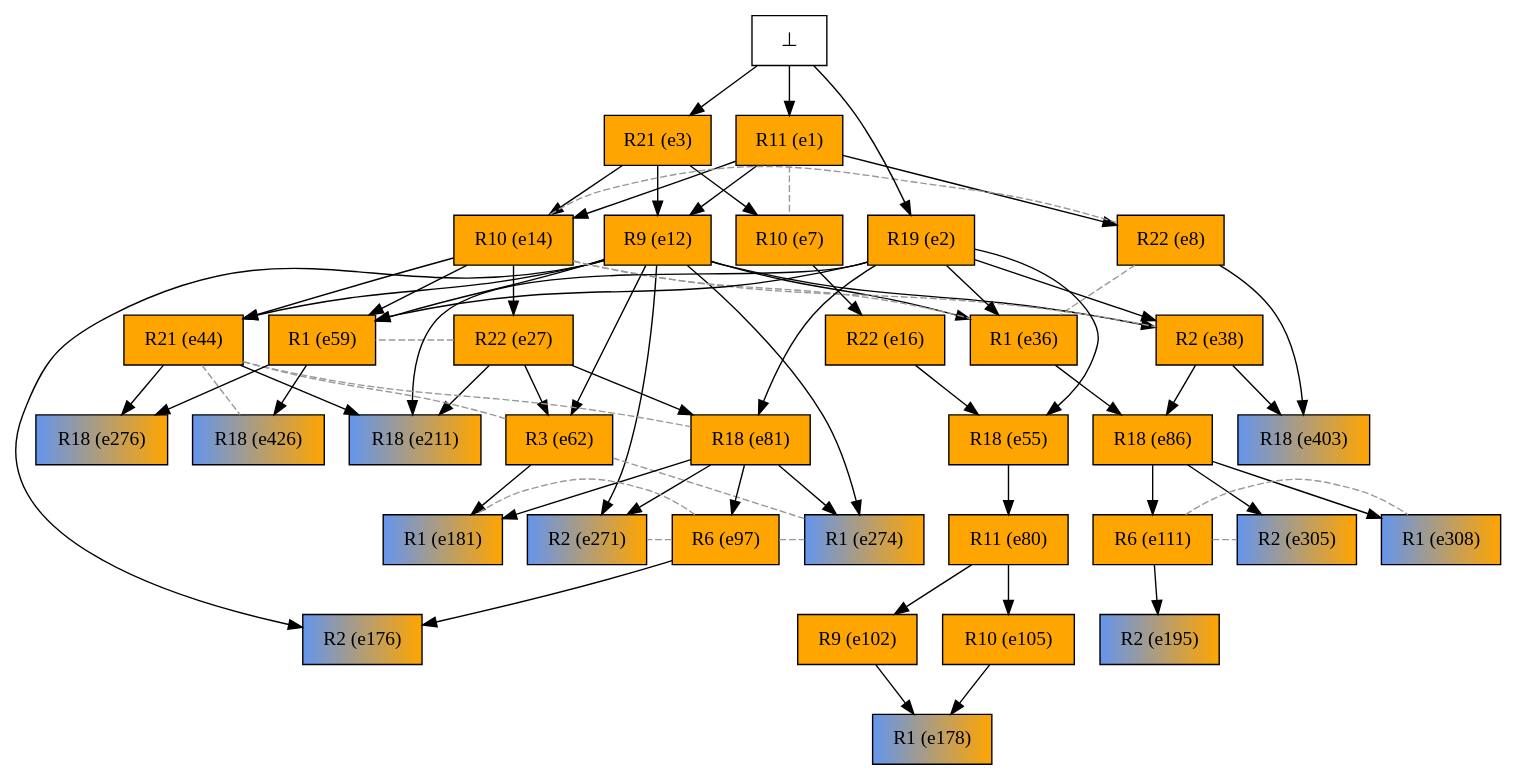
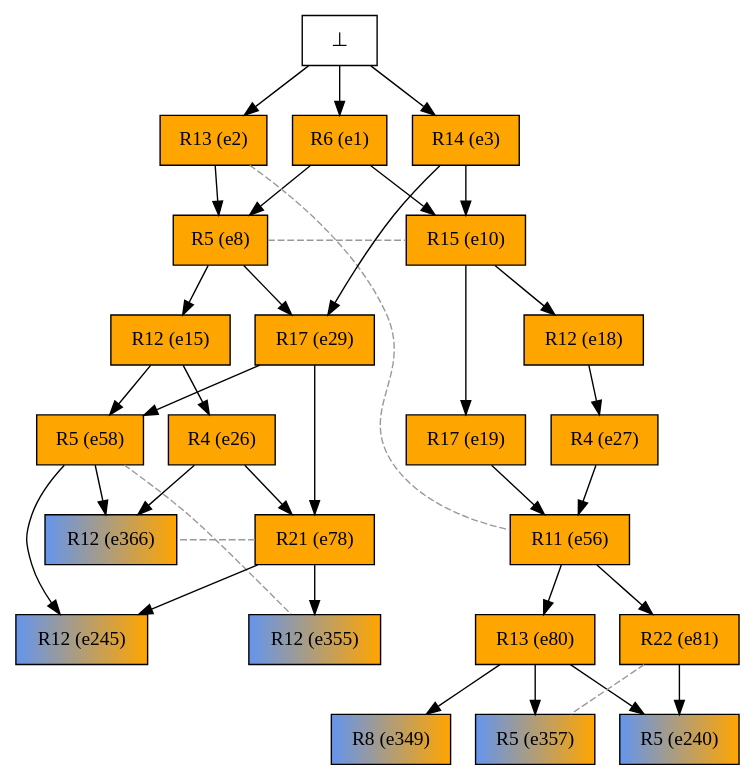
Before and after one commit to giannkas/ecofolder: the diagram in examples/oursin_tasmanie/tasmanian_perturb_final_pr_unf.dot, drawn with Graphviz. The commit also changed 9 other files, not shown here.

```diff
--- a/examples/oursin_tasmanie/tasmanian_perturb_final_pr_unf.dot
+++ b/examples/oursin_tasmanie/tasmanian_perturb_final_pr_unf.dot
@@ -1,109 +1,64 @@
 digraph test {
-  e3 -> e7;
   e1 -> e8;
-  e1 -> e12;
-  e3 -> e12;
-  e1 -> e14;
-  e3 -> e14;
-  e7 -> e16;
-  e14 -> e27;
-  e2 -> e36;
-  e12 -> e36;
-  e2 -> e38;
-  e12 -> e38;
-  e12 -> e44;
-  e14 -> e44;
-  e2 -> e55;
-  e16 -> e55;
-  e2 -> e59;
-  e12 -> e59;
-  e14 -> e59;
-  e12 -> e62;
-  e27 -> e62;
-  e55 -> e80;
-  e2 -> e81;
-  e27 -> e81;
-  e36 -> e86;
-  e38 -> e86;
-  e81 -> e97;
-  e80 -> e102;
-  e80 -> e105;
-  e86 -> e111;
-  e12 -> e176;
-  e97 -> e176;
-  e102 -> e178;
-  e105 -> e178;
-  e62 -> e181;
-  e81 -> e181;
-  e111 -> e195;
-  e2 -> e211;
-  e27 -> e211;
-  e44 -> e211;
-  e12 -> e271;
-  e81 -> e271;
-  e12 -> e274;
-  e81 -> e274;
-  e44 -> e276;
-  e59 -> e276;
-  e86 -> e305;
-  e86 -> e308;
-  e8 -> e403;
-  e38 -> e403;
-  e59 -> e426;
+  e2 -> e8;
+  e1 -> e10;
+  e3 -> e10;
+  e8 -> e15;
+  e10 -> e18;
+  e10 -> e19;
+  e15 -> e26;
+  e18 -> e27;
+  e3 -> e29;
+  e8 -> e29;
+  e19 -> e56;
+  e27 -> e56;
+  e15 -> e58;
+  e29 -> e58;
+  e26 -> e78;
+  e29 -> e78;
+  e56 -> e80;
+  e56 -> e81;
+  e80 -> e240;
+  e81 -> e240;
+  e58 -> e245;
+  e78 -> e245;
+  e80 -> e349;
+  e78 -> e355;
+  e80 -> e357;
+  e26 -> e366;
+  e58 -> e366;
   e0 -> e1;
   e0 -> e2;
   e0 -> e3;
 
 //conflicts
-  e1 -> e7 [arrowhead=none color=gray60 style=dashed constraint=false];
-  e8 -> e14 [arrowhead=none color=gray60 style=dashed constraint=false];
-  e8 -> e36 [arrowhead=none color=gray60 style=dashed constraint=false];
-  e14 -> e36 [arrowhead=none color=gray60 style=dashed constraint=false];
-  e14 -> e38 [arrowhead=none color=gray60 style=dashed constraint=false];
-  e27 -> e59 [arrowhead=none color=gray60 style=dashed constraint=false];
-  e44 -> e62 [arrowhead=none color=gray60 style=dashed constraint=false];
-  e44 -> e81 [arrowhead=none color=gray60 style=dashed constraint=false];
-  e44 -> e426 [arrowhead=none color=gray60 style=dashed constraint=false];
-  e62 -> e274 [arrowhead=none color=gray60 style=dashed constraint=false];
-  e97 -> e181 [arrowhead=none color=gray60 style=dashed constraint=false];
-  e97 -> e271 [arrowhead=none color=gray60 style=dashed constraint=false];
-  e97 -> e274 [arrowhead=none color=gray60 style=dashed constraint=false];
-  e111 -> e305 [arrowhead=none color=gray60 style=dashed constraint=false];
-  e111 -> e308 [arrowhead=none color=gray60 style=dashed constraint=false];
+  e2 -> e56 [arrowhead=none color=gray60 style=dashed constraint=false];
+  e8 -> e10 [arrowhead=none color=gray60 style=dashed constraint=false];
+  e58 -> e355 [arrowhead=none color=gray60 style=dashed constraint=false];
+  e78 -> e366 [arrowhead=none color=gray60 style=dashed constraint=false];
+  e81 -> e357 [arrowhead=none color=gray60 style=dashed constraint=false];
 
-  e1 [color="black" fillcolor="orange" label="R11 (e1)" shape=box style=filled];
-  e2 [color="black" fillcolor="orange" label="R19 (e2)" shape=box style=filled];
-  e3 [color="black" fillcolor="orange" label="R21 (e3)" shape=box style=filled];
-  e7 [color="black" fillcolor="orange" label="R10 (e7)" shape=box style=filled];
-  e8 [color="black" fillcolor="orange" label="R22 (e8)" shape=box style=filled];
-  e12 [color="black" fillcolor="orange" label="R9 (e12)" shape=box style=filled];
-  e14 [color="black" fillcolor="orange" label="R10 (e14)" shape=box style=filled];
-  e16 [color="black" fillcolor="orange" label="R22 (e16)" shape=box style=filled];
-  e27 [color="black" fillcolor="orange" label="R22 (e27)" shape=box style=filled];
-  e36 [color="black" fillcolor="orange" label="R1 (e36)" shape=box style=filled];
-  e38 [color="black" fillcolor="orange" label="R2 (e38)" shape=box style=filled];
-  e44 [color="black" fillcolor="orange" label="R21 (e44)" shape=box style=filled];
-  e55 [color="black" fillcolor="orange" label="R18 (e55)" shape=box style=filled];
-  e59 [color="black" fillcolor="orange" label="R1 (e59)" shape=box style=filled];
-  e62 [color="black" fillcolor="orange" label="R3 (e62)" shape=box style=filled];
-  e80 [color="black" fillcolor="orange" label="R11 (e80)" shape=box style=filled];
-  e81 [color="black" fillcolor="orange" label="R18 (e81)" shape=box style=filled];
-  e86 [color="black" fillcolor="orange" label="R18 (e86)" shape=box style=filled];
-  e97 [color="black" fillcolor="orange" label="R6 (e97)" shape=box style=filled];
-  e102 [color="black" fillcolor="orange" label="R9 (e102)" shape=box style=filled];
-  e105 [color="black" fillcolor="orange" label="R10 (e105)" shape=box style=filled];
-  e111 [color="black" fillcolor="orange" label="R6 (e111)" shape=box style=filled];
-  e176 [color="black" fillcolor="cornflowerblue:orange" label="R2 (e176)" shape=box style=filled];
-  e178 [color="black" fillcolor="cornflowerblue:orange" label="R1 (e178)" shape=box style=filled];
-  e181 [color="black" fillcolor="cornflowerblue:orange" label="R1 (e181)" shape=box style=filled];
-  e195 [color="black" fillcolor="cornflowerblue:orange" label="R2 (e195)" shape=box style=filled];
-  e211 [color="black" fillcolor="cornflowerblue:orange" label="R18 (e211)" shape=box style=filled];
-  e271 [color="black" fillcolor="cornflowerblue:orange" label="R2 (e271)" shape=box style=filled];
-  e274 [color="black" fillcolor="cornflowerblue:orange" label="R1 (e274)" shape=box style=filled];
-  e276 [color="black" fillcolor="cornflowerblue:orange" label="R18 (e276)" shape=box style=filled];
-  e305 [color="black" fillcolor="cornflowerblue:orange" label="R2 (e305)" shape=box style=filled];
-  e308 [color="black" fillcolor="cornflowerblue:orange" label="R1 (e308)" shape=box style=filled];
-  e403 [color="black" fillcolor="cornflowerblue:orange" label="R18 (e403)" shape=box style=filled];
-  e426 [color="black" fillcolor="cornflowerblue:orange" label="R18 (e426)" shape=box style=filled];
+  e1 [color="black" fillcolor="orange:orange" label="R6 (e1)" shape=box style=filled];
+  e2 [color="black" fillcolor="orange:orange" label="R13 (e2)" shape=box style=filled];
+  e3 [color="black" fillcolor="orange:orange" label="R14 (e3)" shape=box style=filled];
+  e8 [color="black" fillcolor="orange:orange" label="R5 (e8)" shape=box style=filled];
+  e10 [color="black" fillcolor="orange:orange" label="R15 (e10)" shape=box style=filled];
+  e15 [color="black" fillcolor="orange:orange" label="R12 (e15)" shape=box style=filled];
+  e18 [color="black" fillcolor="orange:orange" label="R12 (e18)" shape=box style=filled];
+  e19 [color="black" fillcolor="orange:orange" label="R17 (e19)" shape=box style=filled];
+  e26 [color="black" fillcolor="orange:orange" label="R4 (e26)" shape=box style=filled];
+  e27 [color="black" fillcolor="orange:orange" label="R4 (e27)" shape=box style=filled];
+  e29 [color="black" fillcolor="orange:orange" label="R17 (e29)" shape=box style=filled];
+  e56 [color="black" fillcolor="orange:orange" label="R11 (e56)" shape=box style=filled];
+  e58 [color="black" fillcolor="orange:orange" label="R5 (e58)" shape=box style=filled];
+  e78 [color="black" fillcolor="orange:orange" label="R21 (e78)" shape=box style=filled];
+  e80 [color="black" fillcolor="orange:orange" label="R13 (e80)" shape=box style=filled];
+  e81 [color="black" fillcolor="orange:orange" label="R22 (e81)" shape=box style=filled];
+  e240 [color="black" fillcolor="cornflowerblue:orange" label="R5 (e240)" shape=box style=filled];
+  e245 [color="black" fillcolor="cornflowerblue:orange" label="R12 (e245)" shape=box style=filled];
+  e349 [color="black" fillcolor="cornflowerblue:orange" label="R8 (e349)" shape=box style=filled];
+  e355 [color="black" fillcolor="cornflowerblue:orange" label="R12 (e355)" shape=box style=filled];
+  e357 [color="black" fillcolor="cornflowerblue:orange" label="R5 (e357)" shape=box style=filled];
+  e366 [color="black" fillcolor="cornflowerblue:orange" label="R12 (e366)" shape=box style=filled];
   e0 [fillcolor="white" label="⊥" shape=box style=filled];
 }
```
